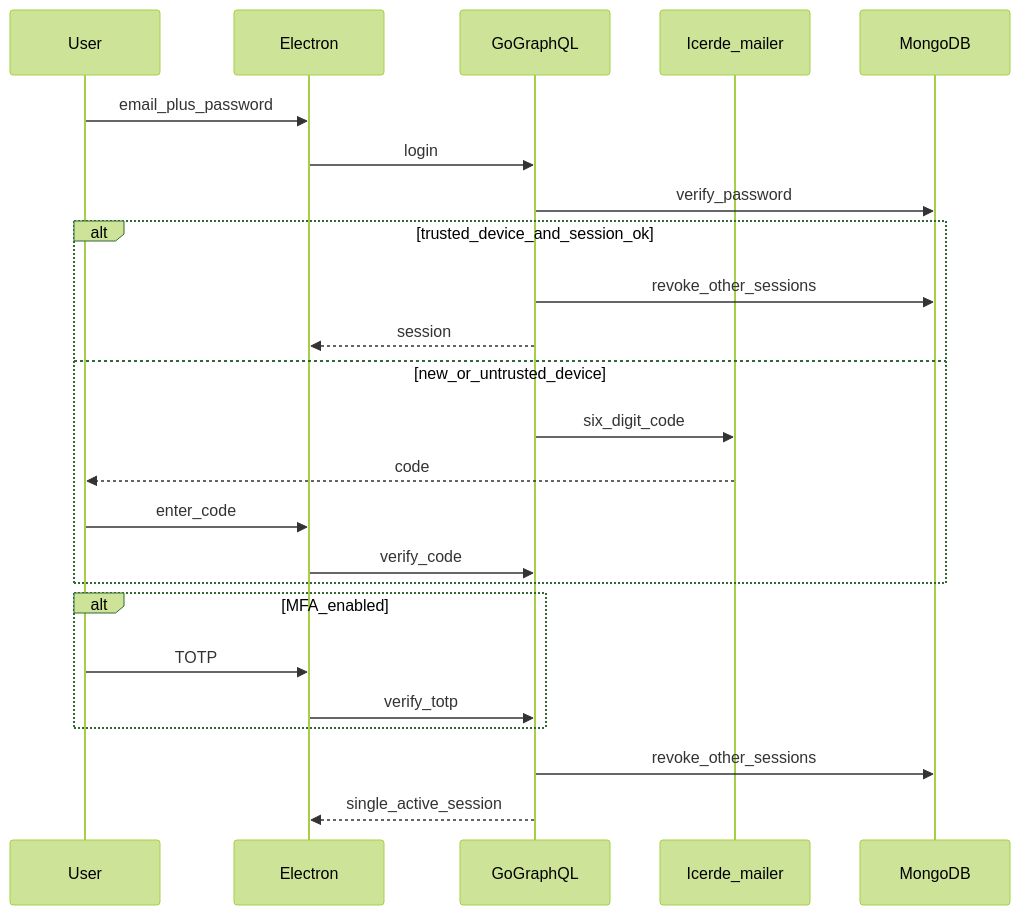
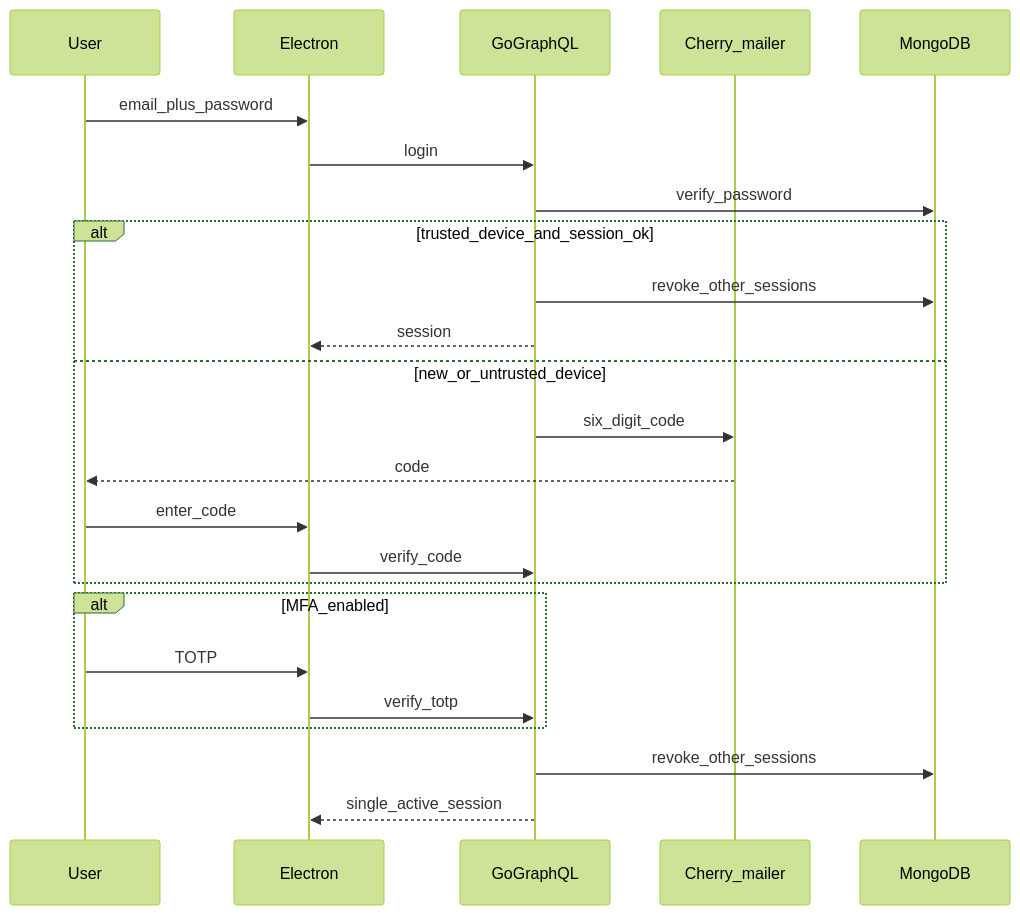
The first of 2 diagrams in docs/security.md (emrahyasinisik/Cherry), drawn with Mermaid (forest theme) before and after one commit. The commit also changed 124 other files, not shown here.

First line of the commit message:
Rename the studio brand from Icerde to Cherry.

````diff
--- a/docs/security.md
+++ b/docs/security.md
@@ -11,26 +11,26 @@
 ```mermaid
 sequenceDiagram
   participant U as User
   participant App as Electron
   participant API as GoGraphQL
-  participant Mail as Icerde_mailer
+  participant Mail as Cherry_mailer
   participant DB as MongoDB
   U->>App: email_plus_password
   App->>API: login
   API->>DB: verify_password
   alt trusted_device_and_session_ok
     API->>DB: revoke_other_sessions
     API-->>App: session
   else new_or_untrusted_device
     API->>Mail: six_digit_code
     Mail-->>U: code
     U->>App: enter_code
     App->>API: verify_code
   end
   alt MFA_enabled
     U->>App: TOTP
     App->>API: verify_totp
   end
   API->>DB: revoke_other_sessions
   API-->>App: single_active_session
 ```
````
